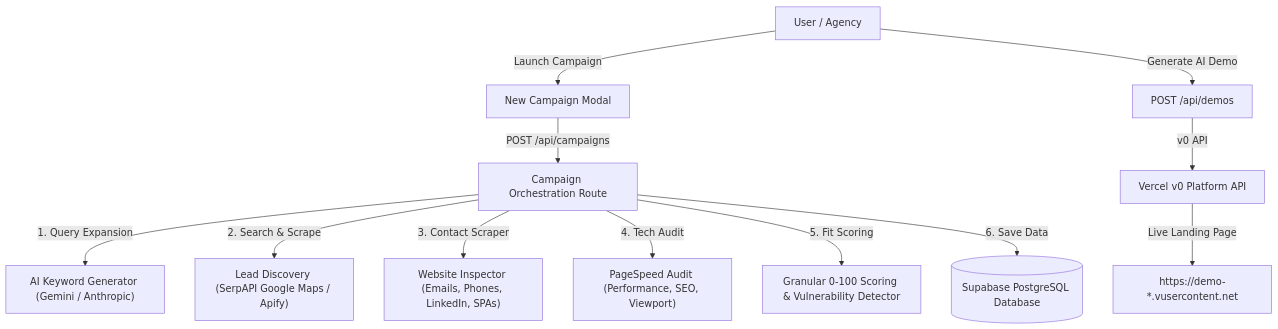
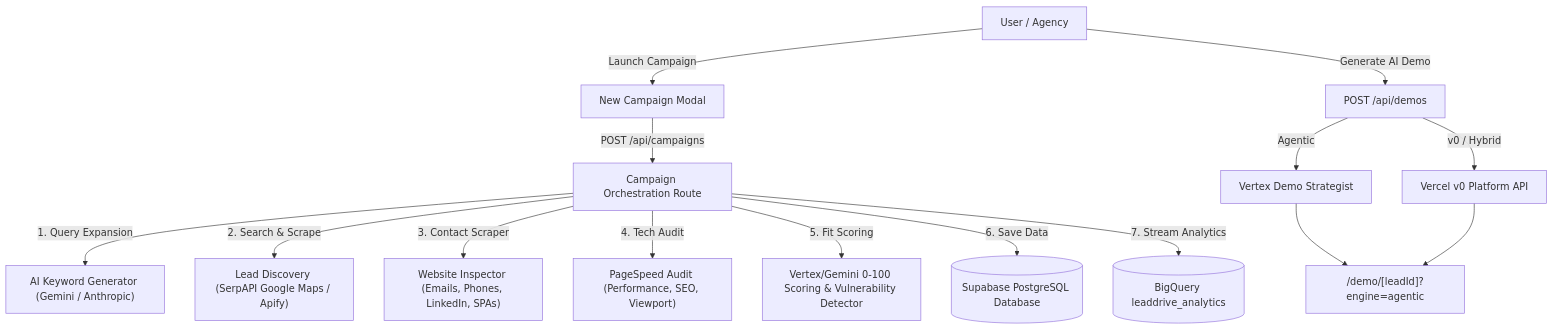
Before and after one commit to irfankhan2213/leaddrive: the diagram in README.md, drawn with Mermaid. The commit also changed other lines of this file and 19 other files, not shown here.

Commit message:
feat: add scalable demo engine and analytics controls

````diff
--- a/README.md
+++ b/README.md
@@ -23,15 +23,18 @@
 ```mermaid
 flowchart TD
   User["User / Agency"] -->|Launch Campaign| Modal["New Campaign Modal"]
   Modal -->|POST /api/campaigns| CampaignRoute["Campaign Orchestration Route"]
   CampaignRoute -->|1. Query Expansion| Keywords["AI Keyword Generator (Gemini / Anthropic)"]
   CampaignRoute -->|2. Search & Scrape| Discovery["Lead Discovery (SerpAPI Google Maps / Apify)"]
   CampaignRoute -->|3. Contact Scraper| WebInspector["Website Inspector (Emails, Phones, LinkedIn, SPAs)"]
   CampaignRoute -->|4. Tech Audit| PageSpeed["PageSpeed Audit (Performance, SEO, Viewport)"]
-  CampaignRoute -->|5. Fit Scoring| Scoring["Granular 0-100 Scoring & Vulnerability Detector"]
+  CampaignRoute -->|5. Fit Scoring| Scoring["Vertex/Gemini 0-100 Scoring & Vulnerability Detector"]
   CampaignRoute -->|6. Save Data| DB[("Supabase PostgreSQL Database")]
+  CampaignRoute -->|7. Stream Analytics| BQ[("BigQuery leaddrive_analytics")]
   
   User -->|Generate AI Demo| DemoRoute["POST /api/demos"]
-  DemoRoute -->|v0 API| V0Dev["Vercel v0 Platform API"]
-  V0Dev -->|Live Landing Page| DemoURL["https://demo-*.vusercontent.net"]
+  DemoRoute -->|Agentic| Agentic["Vertex Demo Strategist"]
+  DemoRoute -->|v0 / Hybrid| V0Dev["Vercel v0 Platform API"]
+  Agentic --> DemoURL["/demo/[leadId]?engine=agentic"]
+  V0Dev --> DemoURL
 ```
````
